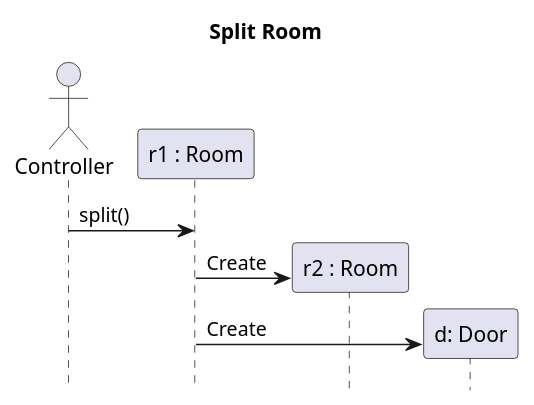
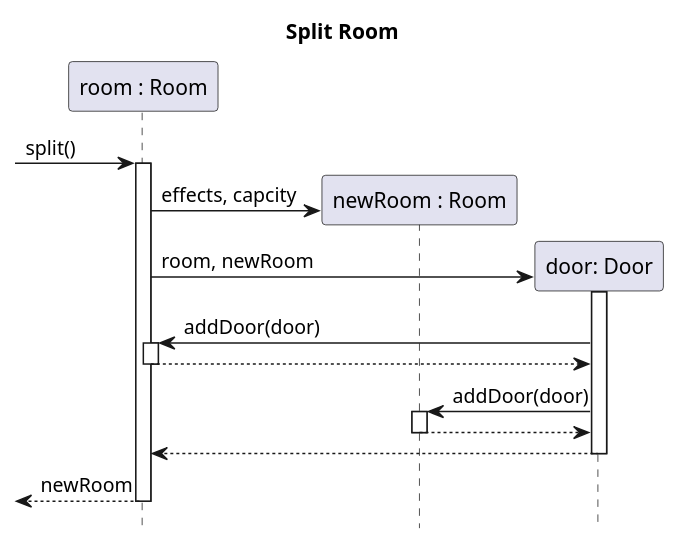
Before and after one commit to sn4k3ch4rm3r/logarlec: the diagram in docs/diagrams/sequence/split-room.puml, drawn with PlantUML. The commit also changed 2 other files, not shown here.

Commit message:
Split & Merge

```diff
--- a/docs/diagrams/sequence/split-room.puml
+++ b/docs/diagrams/sequence/split-room.puml
@@ -1,16 +1,18 @@
 @startuml split-room
 title Split Room
 hide footbox
-actor Controller
-participant "r1 : Room" as r1
 
-
-
-Controller -> r1: split()
-create participant "r2 : Room" as r2
-r1 -> r2: Create
-create participant "d: Door" as d
-r1 -> d: Create
-
+participant "room : Room" as r1
+[-> r1 ++: split()
+	create "newRoom : Room" as r2
+	r1 -> r2: effects, capcity
+	create  "door: Door" as d
+	r1 -> d ++: room, newRoom
+		d -> r1 ++ : addDoor(door)
+		return
+		d -> r2 ++ : addDoor(door)
+		return
+	return
+return newRoom
 
 @enduml
```
